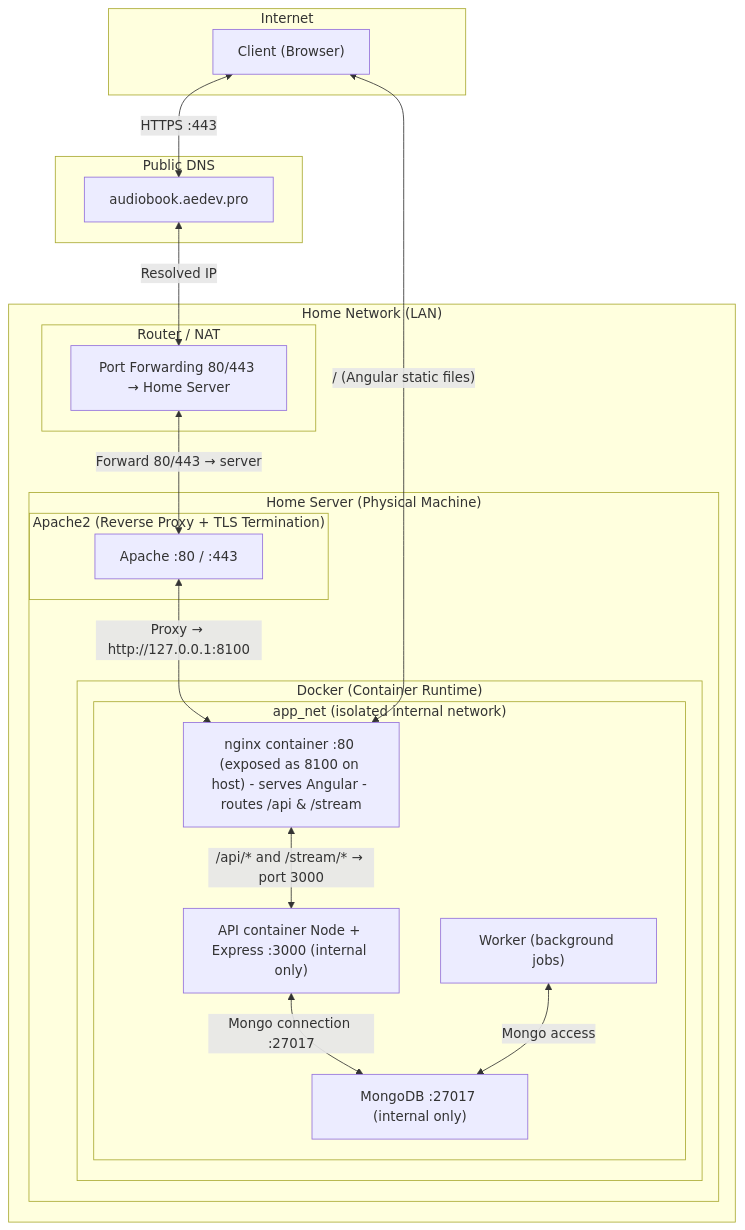
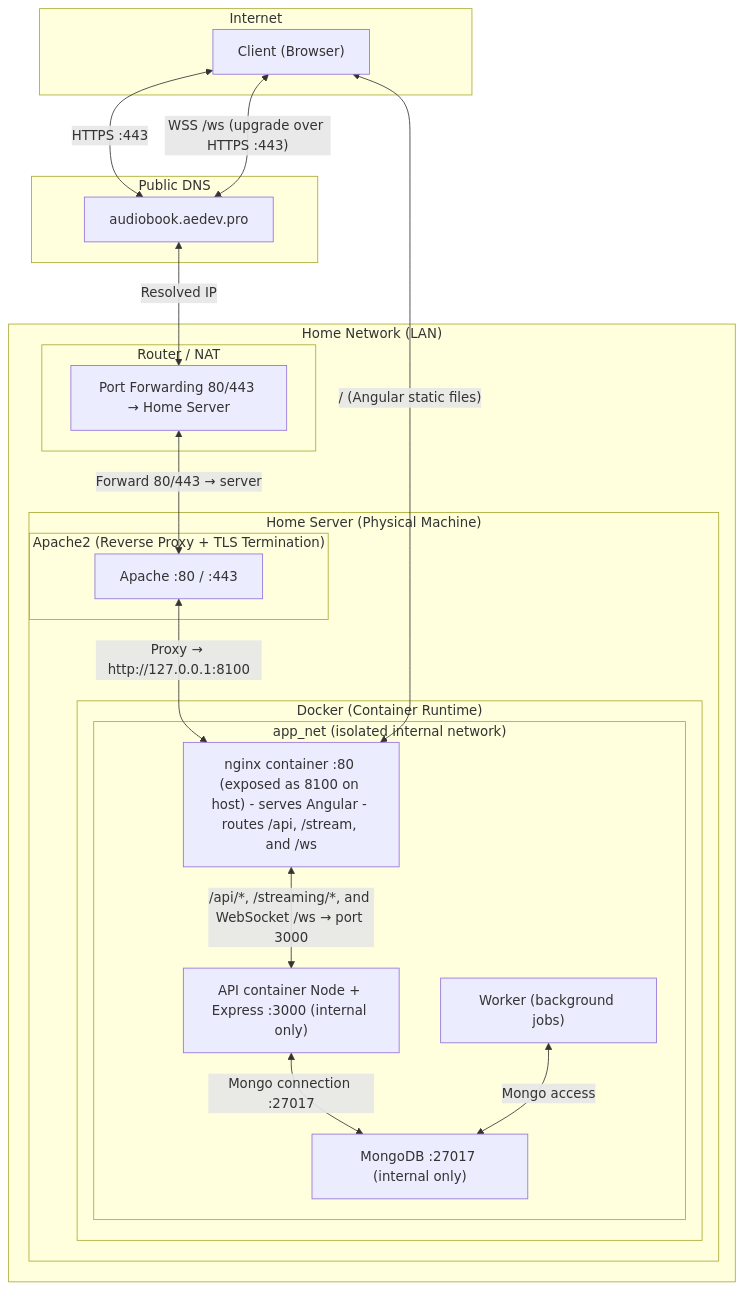
One commit to a3emond/audiobook-platform changed the diagram in docs/platform/architecture-build-specification.md. Above: the diagram before and after it, drawn with Mermaid. The commit also changed other lines of this file and 87 other files, not shown here.

First line of the commit message:
Refactor architecture documentation and remove outdated Apple Swift starter project guide

````diff
--- a/docs/platform/architecture-build-specification.md
+++ b/docs/platform/architecture-build-specification.md
@@ -228,73 +138,74 @@
 ```mermaid
 flowchart TB
 
 %% ===================== INTERNET =====================
 subgraph INTERNET["Internet"]
     CLIENT["Client (Browser)"]
 end
 
 
 %% ===================== DNS =====================
 subgraph DNS["Public DNS"]
     DOMAIN["audiobook.aedev.pro"]
 end
 
 
 %% ===================== HOME NETWORK =====================
 subgraph HOME["Home Network (LAN)"]
 
     %% -------- ROUTER --------
     subgraph ROUTER["Router / NAT"]
         NAT["Port Forwarding 80/443 → Home Server"]
     end
 
 
     %% -------- PHYSICAL SERVER --------
     subgraph SERVER["Home Server (Physical Machine)"]
 
         %% ---- APACHE ----
         subgraph APACHE["Apache2 (Reverse Proxy + TLS Termination)"]
             APACHE_NODE["Apache :80 / :443"]
         end
 
 
         %% ---- DOCKER ----
         subgraph DOCKER["Docker (Container Runtime)"]
 
             %% ---- INTERNAL NETWORK ----
             subgraph APP_NET["app_net (isolated internal network)"]
 
                 %% nginx
-                NGINX["nginx container :80 (exposed as 8100 on host) - serves Angular - routes /api & /stream"]
+                NGINX["nginx container :80 (exposed as 8100 on host) - serves Angular - routes /api, /stream, and /ws"]
 
                 %% api
                 API["API container Node + Express :3000 (internal only)"]
 
                 %% db
                 DB["MongoDB :27017 (internal only)"]
 
                 %% worker
                 WORKER["Worker (background jobs)"]
 
                 %% internal flows
-                NGINX <--> |"/api/* and /stream/* → port 3000"| API
+                NGINX <--> |"/api/*, /streaming/*, and WebSocket /ws → port 3000"| API
                 API <--> |"Mongo connection :27017"| DB
                 WORKER <--> |"Mongo access"| DB
             end
         end
     end
 end
 
 
 %% ===================== EXTERNAL FLOW =====================
 
 CLIENT <--> |"HTTPS :443"| DOMAIN
 
 DOMAIN <--> |"Resolved IP"| NAT
 
 NAT <--> |"Forward 80/443 → server"| APACHE_NODE
 
 APACHE_NODE <--> |"Proxy → http://127.0.0.1:8100"| NGINX
 
 NGINX <--> |"/ (Angular static files)"| CLIENT
+CLIENT <--> |"WSS /ws (upgrade over HTTPS :443)"| DOMAIN
 ```
````
